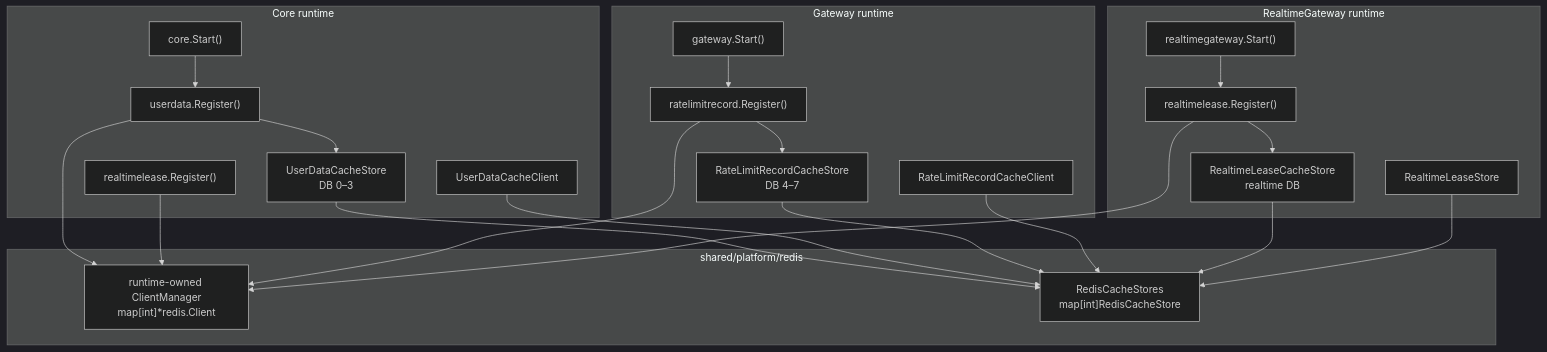
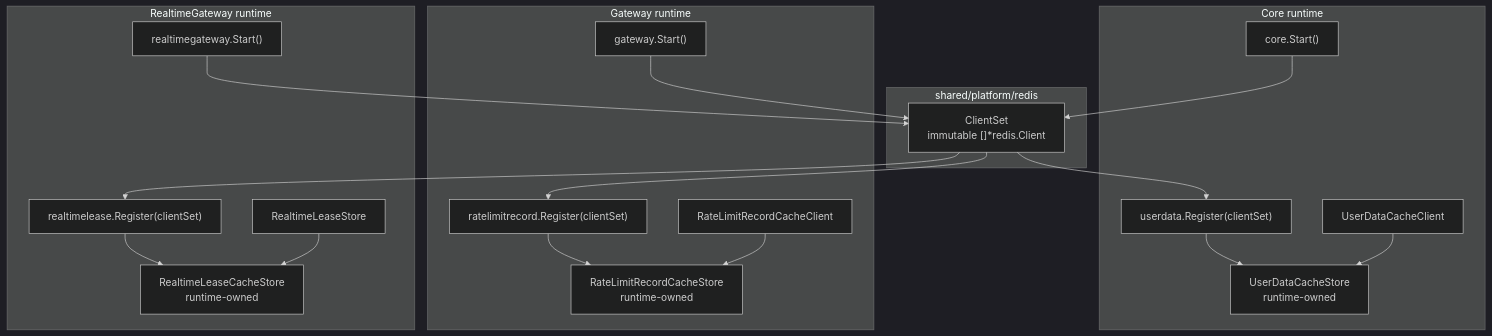
One commit to HiIamJeff67/notezy-backend changed the diagram in docs/codebase-design/microservice-architecture.md. Above: the diagram before and after it, drawn with Mermaid (dark theme). The commit also changed other lines of this file and 60 other files, not shown here.

First line of the commit message:
refactor(config): scope runtime configuration and replace Redis client manager

````diff
--- a/docs/codebase-design/microservice-architecture.md
+++ b/docs/codebase-design/microservice-architecture.md
@@ -272,42 +273,36 @@
 ```mermaid
 flowchart TB
   subgraph Platform["shared/platform/redis"]
-    Manager["runtime-owned ClientManager<br/>map[int]*redis.Client"]
-    Registry["RedisCacheStores<br/>map[int]RedisCacheStore"]
+    ClientSet["ClientSet<br/>immutable []*redis.Client"]
   end
 
   subgraph Core["Core runtime"]
     CoreStart["core.Start()"]
-    UserRegister["userdata.Register()"]
-    UserStore["UserDataCacheStore<br/>DB 0–3"]
+    UserRegister["userdata.Register(clientSet)"]
+    UserStore["UserDataCacheStore<br/>runtime-owned"]
     UserClient["UserDataCacheClient"]
-    RealtimeRegisterCore["realtimelease.Register()"]
   end
 
   subgraph Gateway["Gateway runtime"]
     GatewayStart["gateway.Start()"]
-    RateRegister["ratelimitrecord.Register()"]
-    RateStore["RateLimitRecordCacheStore<br/>DB 4–7"]
+    RateRegister["ratelimitrecord.Register(clientSet)"]
+    RateStore["RateLimitRecordCacheStore<br/>runtime-owned"]
     RateClient["RateLimitRecordCacheClient"]
   end
 
   subgraph RealtimeGateway["RealtimeGateway runtime"]
     RealtimeGatewayStart["realtimegateway.Start()"]
-    RealtimeRegisterGateway["realtimelease.Register()"]
-    LeaseStore["RealtimeLeaseCacheStore<br/>realtime DB"]
+    RealtimeRegisterGateway["realtimelease.Register(clientSet)"]
+    LeaseStore["RealtimeLeaseCacheStore<br/>runtime-owned"]
     LeaseClient["RealtimeLeaseStore"]
   end
 
-  CoreStart --> UserRegister --> Manager
-  UserRegister --> UserStore --> Registry
-  UserClient --> Registry
-  RealtimeRegisterCore --> Manager
+  CoreStart --> ClientSet --> UserRegister --> UserStore
+  UserClient --> UserStore
 
-  GatewayStart --> RateRegister --> Manager
-  RateRegister --> RateStore --> Registry
-  RateClient --> Registry
+  GatewayStart --> ClientSet --> RateRegister --> RateStore
+  RateClient --> RateStore
 
-  RealtimeGatewayStart --> RealtimeRegisterGateway --> Manager
-  RealtimeRegisterGateway --> LeaseStore --> Registry
-  LeaseClient --> Registry
+  RealtimeGatewayStart --> ClientSet --> RealtimeRegisterGateway --> LeaseStore
+  LeaseClient --> LeaseStore
 ```
````
